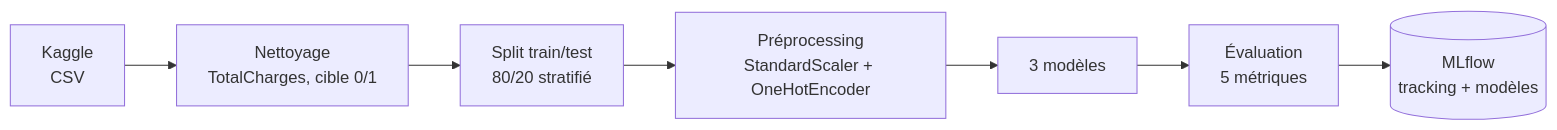
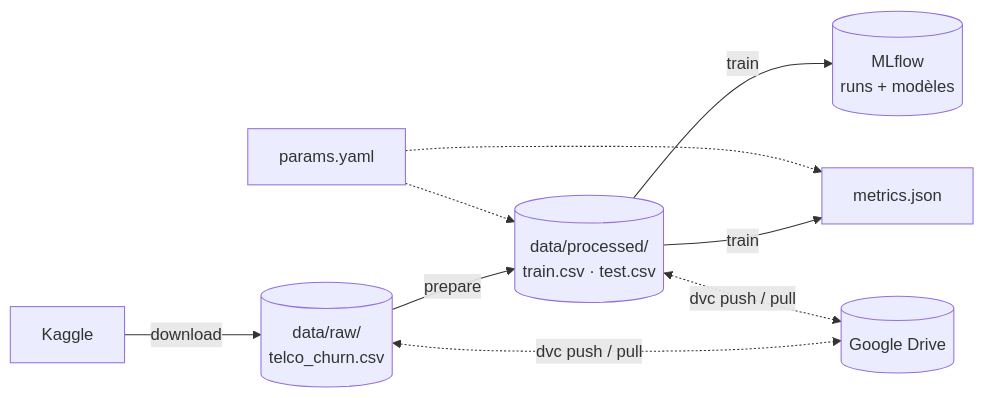
One commit to BassirouKadade/telco-churn-mlflow changed the diagram in README.md. Above: the diagram before and after it, drawn with Mermaid. The commit also changed other lines of this file and 14 other files, not shown here.

First line of the commit message:
Pipeline DVC : versioning des données et étapes download → prepare → train

````diff
--- a/README.md
+++ b/README.md
@@ -20,9 +29,10 @@
 ```mermaid
 flowchart LR
-    A[Kaggle<br/>CSV] --> B[Nettoyage<br/>TotalCharges, cible 0/1]
-    B --> C[Split train/test<br/>80/20 stratifié]
-    C --> D[Préprocessing<br/>StandardScaler + OneHotEncoder]
-    D --> E[3 modèles]
-    E --> F[Évaluation<br/>5 métriques]
-    F --> G[(MLflow<br/>tracking + modèles)]
+    K[Kaggle] -->|download| R[(data/raw/<br/>telco_churn.csv)]
+    R -->|prepare| P[(data/processed/<br/>train.csv · test.csv)]
+    P -->|train| M[metrics.json]
+    P -->|train| ML[(MLflow<br/>runs + modèles)]
+    Y[params.yaml] -.-> P
+    Y -.-> M
+    R & P <-.->|dvc push / pull| G[(Google Drive)]
 ```
````
